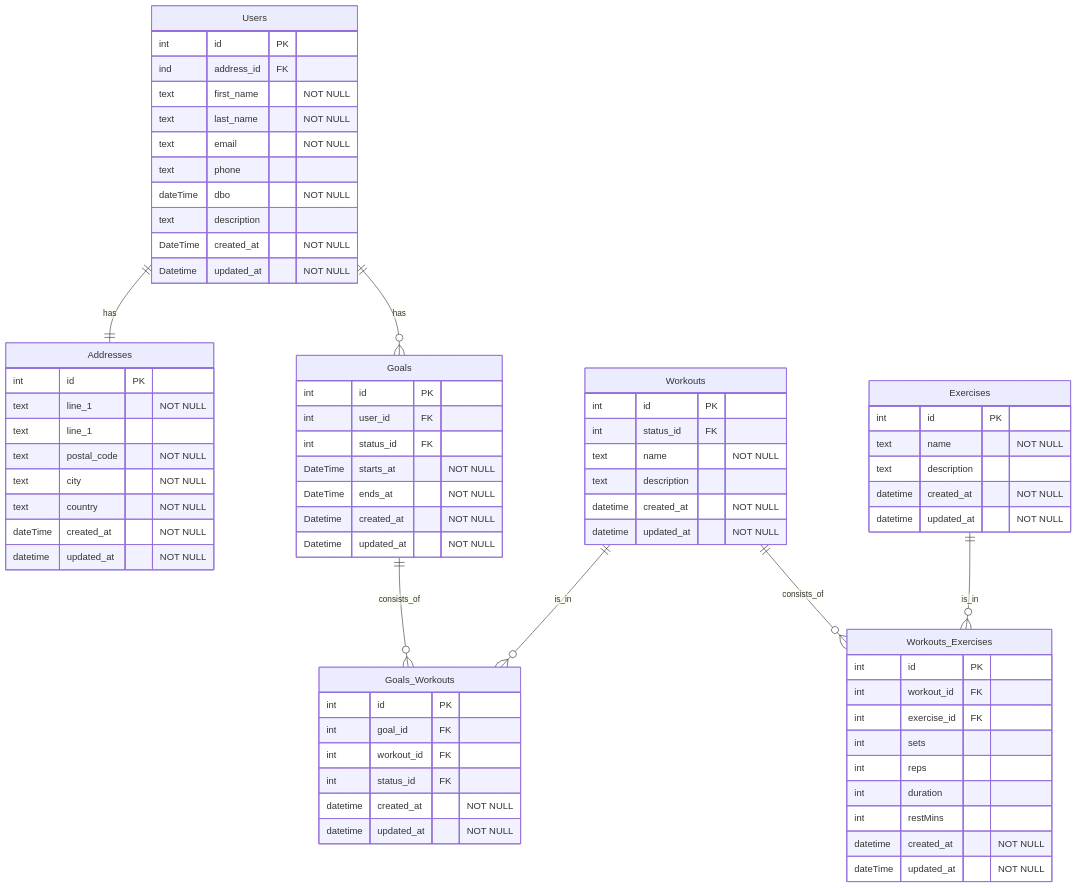
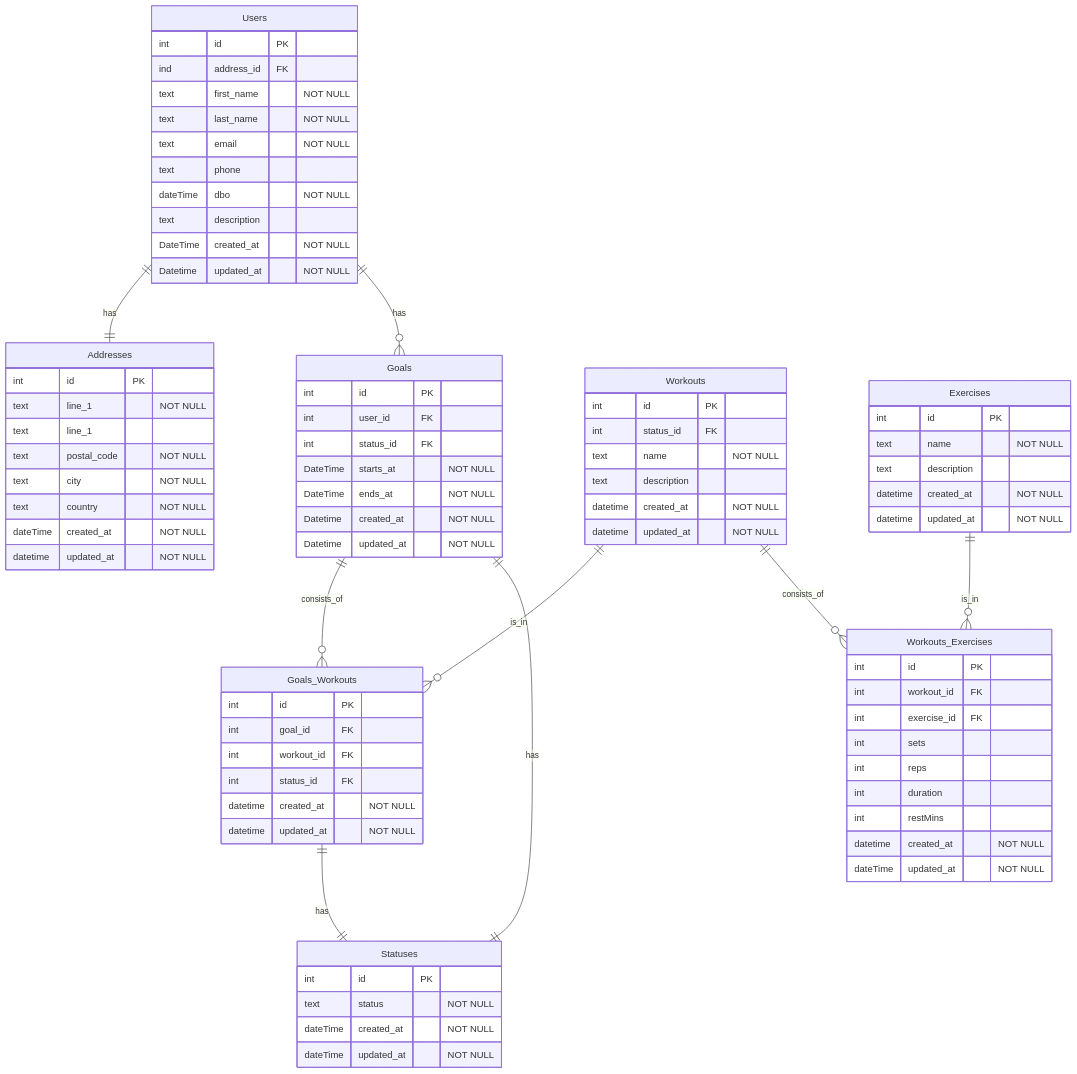
Before and after one commit to compsci-78/java-final-project: the diagram in README.md, drawn with Mermaid. The commit also changed 11 other files, not shown here.

````diff
--- a/README.md
+++ b/README.md
@@ -4,75 +4,82 @@
 ```mermaid
 erDiagram
    Users ||--|| Addresses : has
    Users ||--o{ Goals : has
    Goals ||--o{ Goals_Workouts: consists_of
    Workouts ||--o{ Goals_Workouts: is_in
    Workouts ||--o{ Workouts_Exercises: consists_of
    Exercises ||--o{ Workouts_Exercises: is_in
-   
+   Goals ||--|| Statuses : has
+   Goals_Workouts ||--|| Statuses : has
    Users{
     int id PK
     ind address_id FK
     text first_name "NOT NULL"
     text last_name "NOT NULL"
     text email "NOT NULL"
     text phone
     dateTime dbo "NOT NULL"
     text description
     DateTime created_at "NOT NULL"
     Datetime updated_at "NOT NULL"
    }
    Addresses{
        int id PK
        text line_1 "NOT NULL"
        text line_1 
        text postal_code "NOT NULL"
        text city "NOT NULL"
        text country "NOT NULL"
        dateTime created_at "NOT NULL"
        datetime updated_at "NOT NULL"
     }
    Goals {
        int id PK
        int user_id FK
        int status_id FK
        DateTime starts_at "NOT NULL"
        DateTime ends_at "NOT NULL"
        Datetime created_at "NOT NULL"
        Datetime updated_at "NOT NULL"
    } 
    Goals_Workouts {
        int id PK
        int goal_id FK
        int workout_id FK
        int status_id FK
        datetime created_at "NOT NULL"
        datetime updated_at "NOT NULL"
    }
    Workouts{
        int id PK
        int status_id FK
        text name "NOT NULL"
        text description
        datetime created_at "NOT NULL"
        datetime updated_at "NOT NULL"      
    }
    Workouts_Exercises {
        int id PK
        int workout_id FK
        int exercise_id FK
        int sets
        int reps
        int duration
        int restMins
        datetime created_at "NOT NULL"
        dateTime updated_at "NOT NULL"
    }
    Exercises{
        int id PK
        text name "NOT NULL"
        text description
        datetime created_at "NOT NULL"
        datetime updated_at "NOT NULL"      
    }
+   Statuses{
+       int id PK
+       text status "NOT NULL"
+       dateTime created_at "NOT NULL"
+       dateTime updated_at "NOT NULL"
+   }
 ```
````
